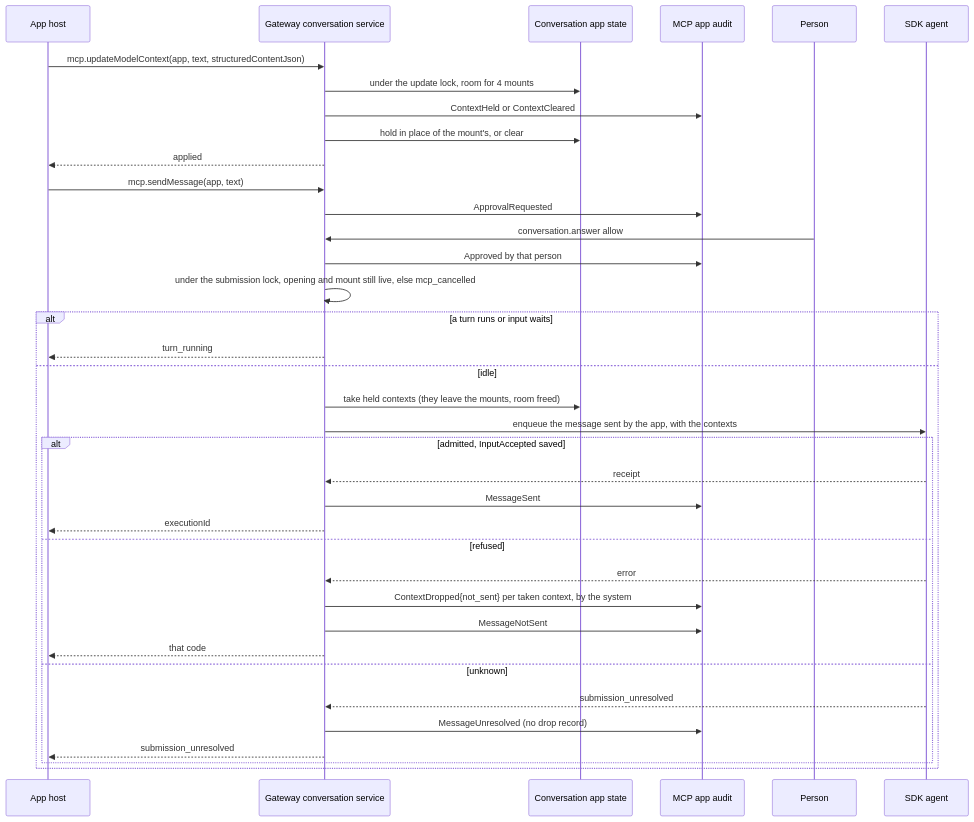
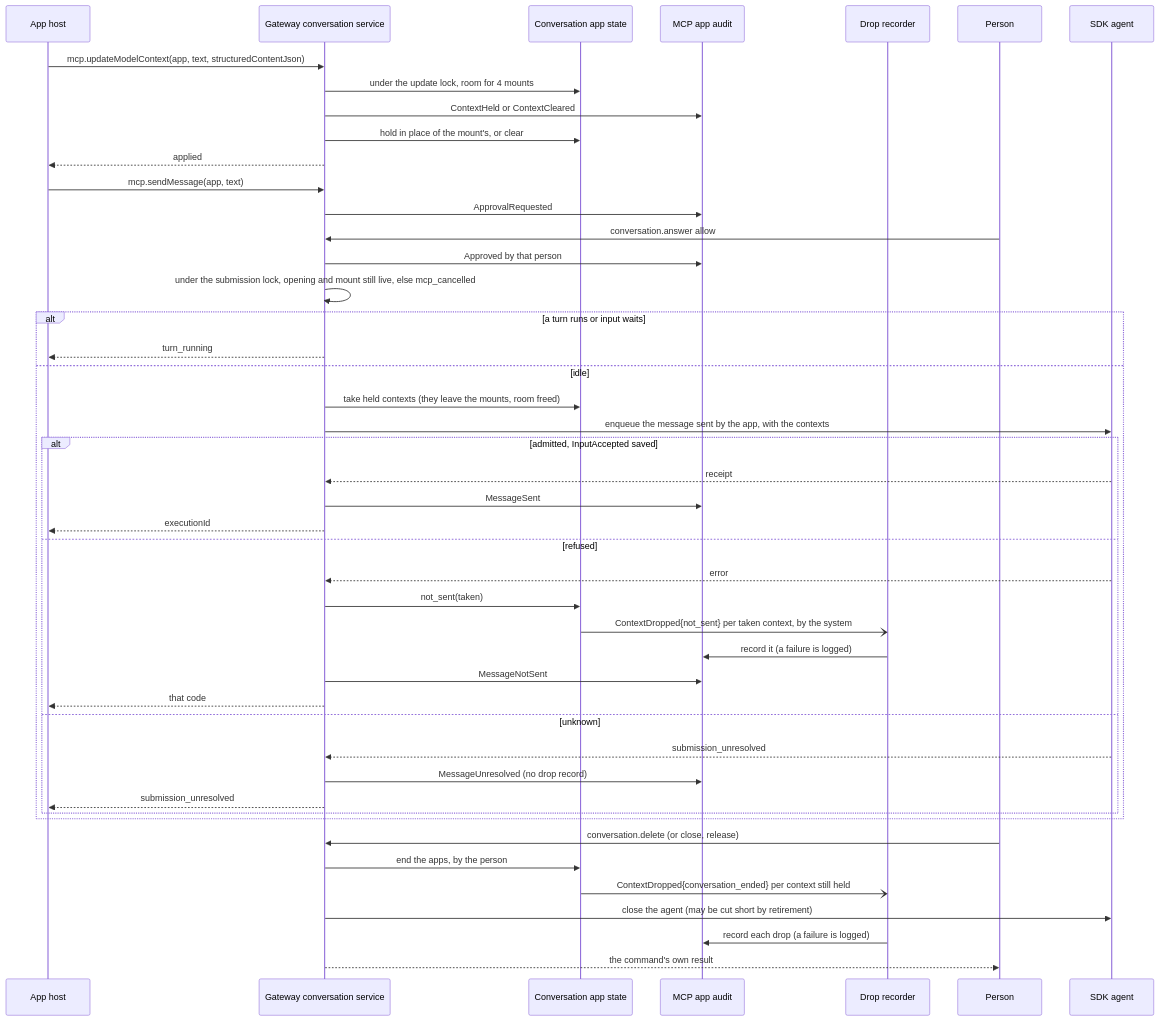
Before and after one commit to nessalabs/nessa-agent: the diagram in docs/design/mcp-app-calls.md, drawn with Mermaid. The commit also changed other lines of this file and 1 other file, not shown here.

First line of the commit message:
Docs: a held context's drop has one owner (#390, 2a, G3-1..G3-6)

````diff
--- a/docs/design/mcp-app-calls.md
+++ b/docs/design/mcp-app-calls.md
@@ -566,39 +597,48 @@
 ```mermaid
 sequenceDiagram
     participant App as App host
     participant Svc as Gateway conversation service
     participant Apps as Conversation app state
     participant Audit as MCP app audit
+    participant Rec as Drop recorder
     participant Person
     participant SDK as SDK agent
     App->>Svc: mcp.updateModelContext(app, text, structuredContentJson)
     Svc->>Apps: under the update lock, room for 4 mounts
     Svc->>Audit: ContextHeld or ContextCleared
     Svc->>Apps: hold in place of the mount's, or clear
     Svc-->>App: applied
     App->>Svc: mcp.sendMessage(app, text)
     Svc->>Audit: ApprovalRequested
     Person->>Svc: conversation.answer allow
     Svc->>Audit: Approved by that person
     Svc->>Svc: under the submission lock, opening and mount still live, else mcp_cancelled
     alt a turn runs or input waits
         Svc-->>App: turn_running
     else idle
         Svc->>Apps: take held contexts (they leave the mounts, room freed)
         Svc->>SDK: enqueue the message sent by the app, with the contexts
         alt admitted, InputAccepted saved
             SDK-->>Svc: receipt
             Svc->>Audit: MessageSent
             Svc-->>App: executionId
         else refused
             SDK-->>Svc: error
-            Svc->>Audit: ContextDropped{not_sent} per taken context, by the system
+            Svc->>Apps: not_sent(taken)
+            Apps-)Rec: ContextDropped{not_sent} per taken context, by the system
+            Rec->>Audit: record it (a failure is logged)
             Svc->>Audit: MessageNotSent
             Svc-->>App: that code
         else unknown
             SDK-->>Svc: submission_unresolved
             Svc->>Audit: MessageUnresolved (no drop record)
             Svc-->>App: submission_unresolved
         end
     end
+    Person->>Svc: conversation.delete (or close, release)
+    Svc->>Apps: end the apps, by the person
+    Apps-)Rec: ContextDropped{conversation_ended} per context still held
+    Svc->>SDK: close the agent (may be cut short by retirement)
+    Rec->>Audit: record each drop (a failure is logged)
+    Svc-->>Person: the command's own result
 ```
````
